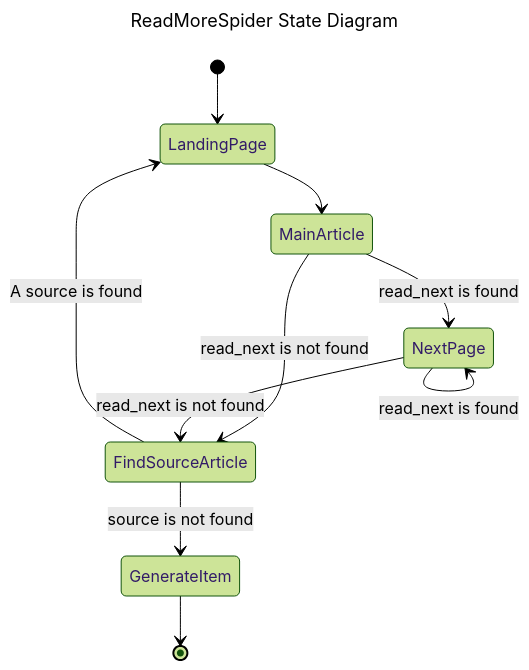
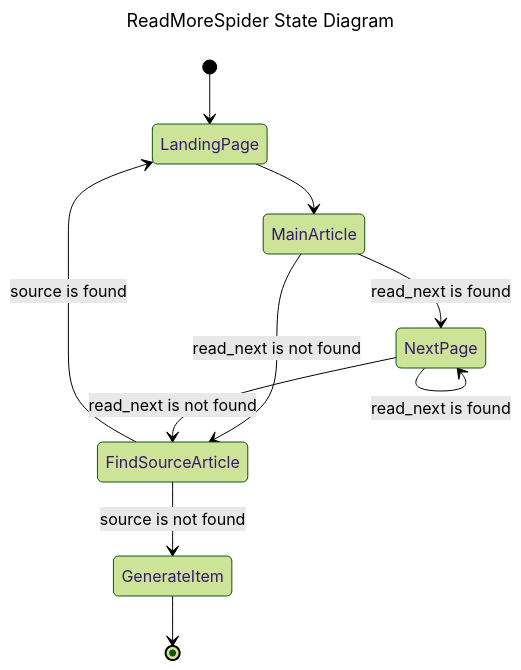
One commit to trombik/rokujo-collector-scrapy-generic changed the diagram in docs/source/spiders/ReadMoreSpider.md. Above: the diagram before and after it, drawn with Mermaid (forest theme). The commit also changed other lines of this file, not shown here.

````diff
--- a/docs/source/spiders/ReadMoreSpider.md
+++ b/docs/source/spiders/ReadMoreSpider.md
@@ -19,16 +45,16 @@
 ```{mermaid}
 ---
 title: ReadMoreSpider State Diagram
 ---
 stateDiagram-v2
 
     [*] --> LandingPage
     LandingPage --> MainArticle
     MainArticle --> FindSourceArticle: read_next is not found
     MainArticle --> NextPage: read_next is found
+    NextPage --> FindSourceArticle: read_next is not found
     NextPage --> NextPage: read_next is found
-    NextPage --> FindSourceArticle: read_next is not found
     FindSourceArticle --> GenerateItem: source is not found
-    FindSourceArticle --> LandingPage: A source is found
+    FindSourceArticle --> LandingPage: source is found
     GenerateItem --> [*]
 ```
````
